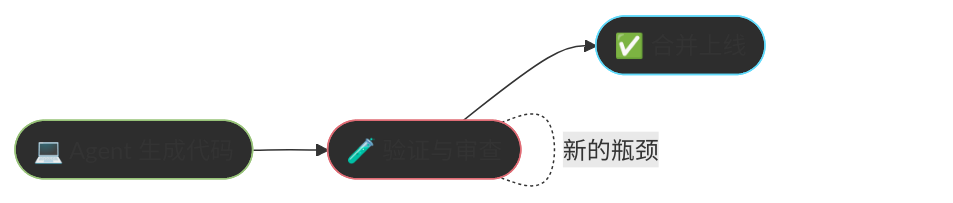
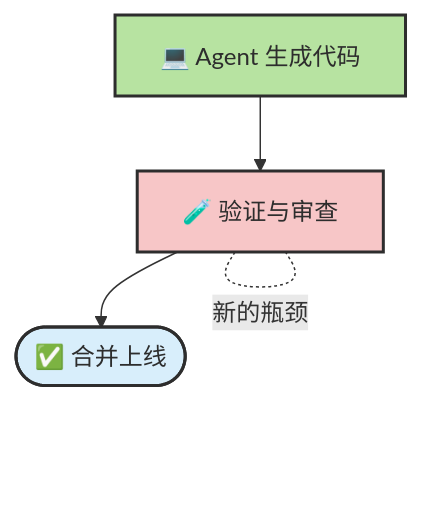
One commit to zht043/AgenticCodingTutorial changed the first of 3 diagrams in docs/chapters/ch12-code-review.md. Above: the diagram before and after it, drawn with Mermaid. The commit also changed other lines of this file and 26 other files, not shown here.

````diff
--- a/docs/chapters/ch12-code-review.md
+++ b/docs/chapters/ch12-code-review.md
@@ -20,13 +35,13 @@
 ```mermaid
-flowchart LR
-    classDef fast fill:#2d2d2d,stroke:#98c379
-    classDef slow fill:#2d2d2d,stroke:#e06c75
-    classDef neutral fill:#2d2d2d,stroke:#61dafb
+flowchart TD
+    classDef fast fill:#b7e3a1,stroke:#2d2d2d,stroke-width:2px,color:#2d2d2d
+    classDef slow fill:#f7c6c7,stroke:#2d2d2d,stroke-width:2px,color:#2d2d2d
+    classDef neutral fill:#d8eefb,stroke:#2d2d2d,stroke-width:2px,color:#2d2d2d
 
-    Write(["💻 Agent 生成代码"]):::fast
-    Verify(["🧪 验证与审查"]):::slow
+    Write["💻 Agent 生成代码"]:::fast
+    Verify["🧪 验证与审查"]:::slow
     Merge(["✅ 合并上线"]):::neutral
 
     Write --> Verify --> Merge
     Verify -.-|"新的瓶颈"| Verify
 ```
````
